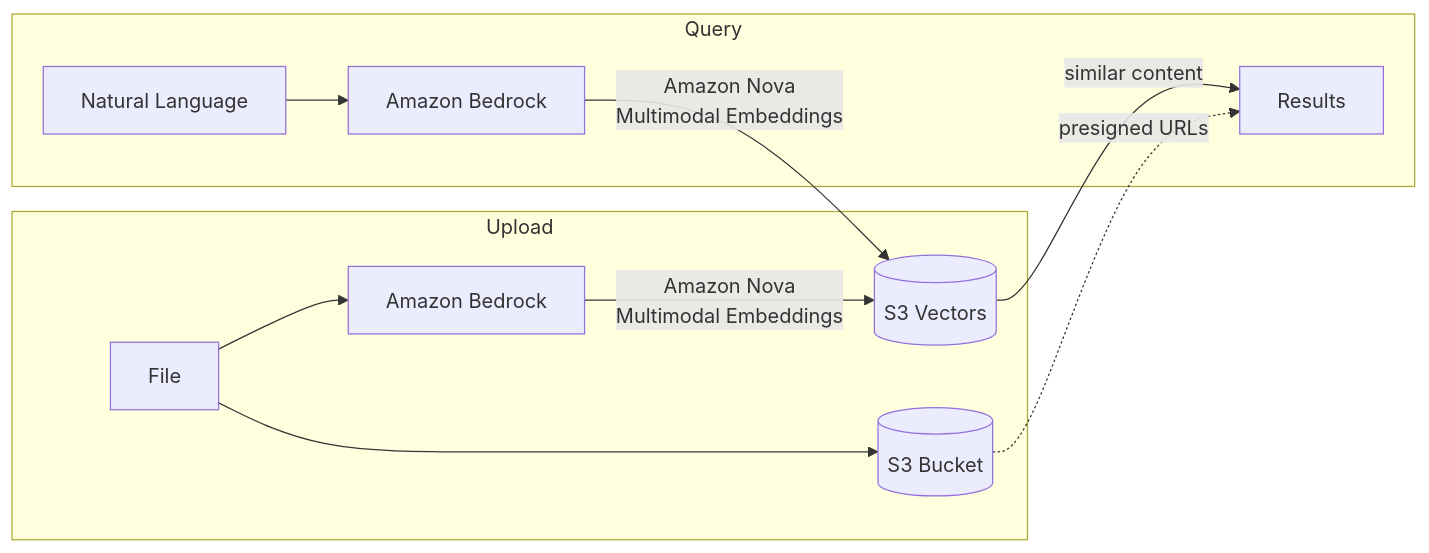
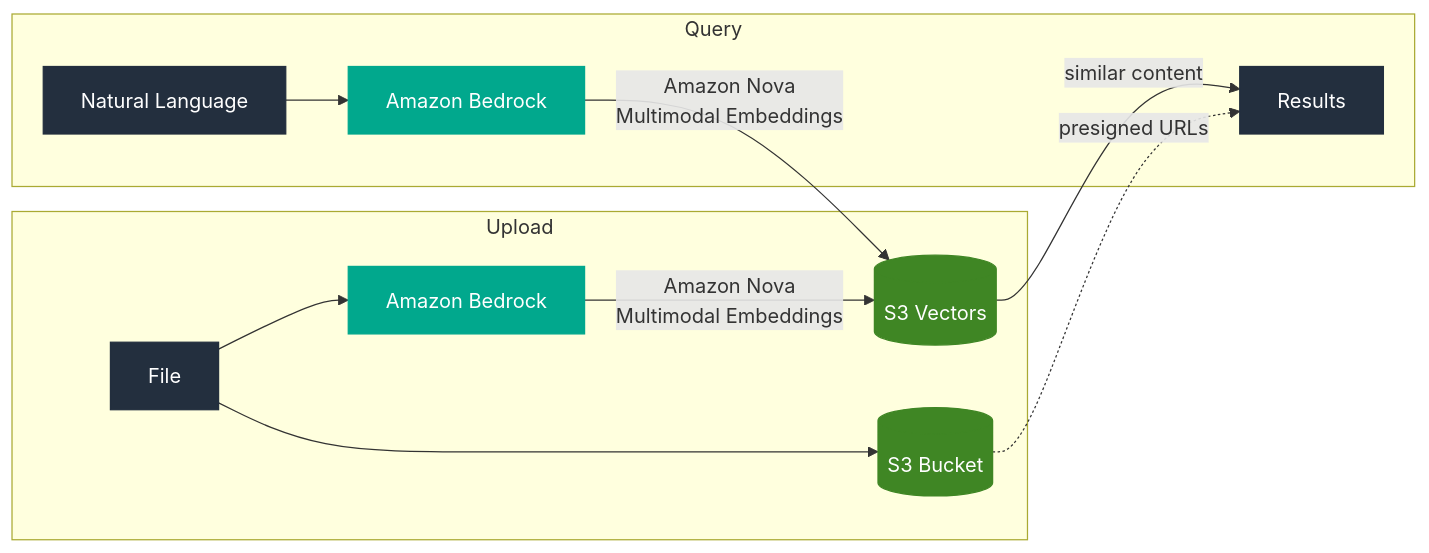
One commit to danilop/semstash changed the first of 3 diagrams in README.md. Above: the diagram before and after it, drawn with Mermaid.

Commit message:
Add AWS color palette to diagram

````diff
--- a/README.md
+++ b/README.md
@@ -13,15 +13,23 @@
 ```mermaid
 flowchart LR
     subgraph Upload
         F[File] --> S3[(S3 Bucket)]
         F --> Bedrock[Amazon Bedrock]
         Bedrock --> |Amazon Nova<br/>Multimodal Embeddings| SV[(S3 Vectors)]
     end
 
     subgraph Query
         Q[Natural Language] --> Bedrock2[Amazon Bedrock]
         Bedrock2 --> |Amazon Nova<br/>Multimodal Embeddings| SV
         SV --> |similar content| R[Results]
         S3 -.-> |presigned URLs| R
     end
+
+    style S3 fill:#3F8624,stroke:#3F8624,color:#fff
+    style SV fill:#3F8624,stroke:#3F8624,color:#fff
+    style Bedrock fill:#01A88D,stroke:#01A88D,color:#fff
+    style Bedrock2 fill:#01A88D,stroke:#01A88D,color:#fff
+    style F fill:#232F3E,stroke:#232F3E,color:#fff
+    style Q fill:#232F3E,stroke:#232F3E,color:#fff
+    style R fill:#232F3E,stroke:#232F3E,color:#fff
 ```
````
